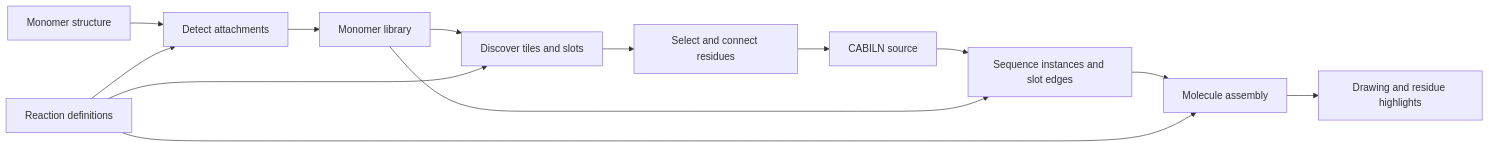
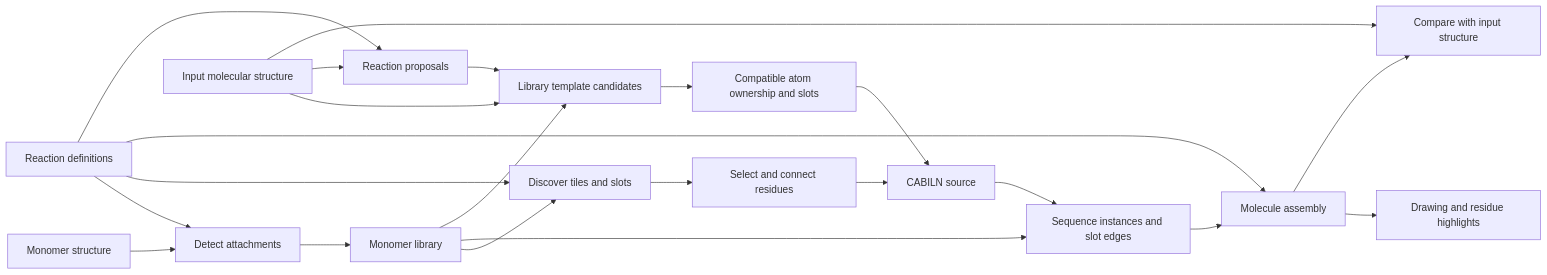
Before and after one commit to anagnorisis2peripeteia/cabiln: the diagram in docs/architecture.md, drawn with Mermaid. The commit also changed other lines of this file and 16 other files, not shown here.

````diff
--- a/docs/architecture.md
+++ b/docs/architecture.md
@@ -6,15 +6,24 @@
 ```mermaid
 flowchart LR
   S[Monomer structure] --> A[Detect attachments]
   A --> L[Monomer library]
   L --> T[Discover tiles and slots]
   T --> E[Select and connect residues]
   E --> N[CABILN source]
   N --> Q[Sequence instances and slot edges]
   L --> Q
   Q --> M[Molecule assembly]
   R[Reaction definitions] --> A
   R --> T
   R --> M
   M --> D[Drawing and residue highlights]
+  I[Input molecular structure] --> C[Library template candidates]
+  L --> C
+  R --> V[Reaction proposals]
+  I --> V
+  V --> C
+  C --> P[Compatible atom ownership and slots]
+  P --> N
+  M --> F[Compare with input structure]
+  I --> F
 ```
````
